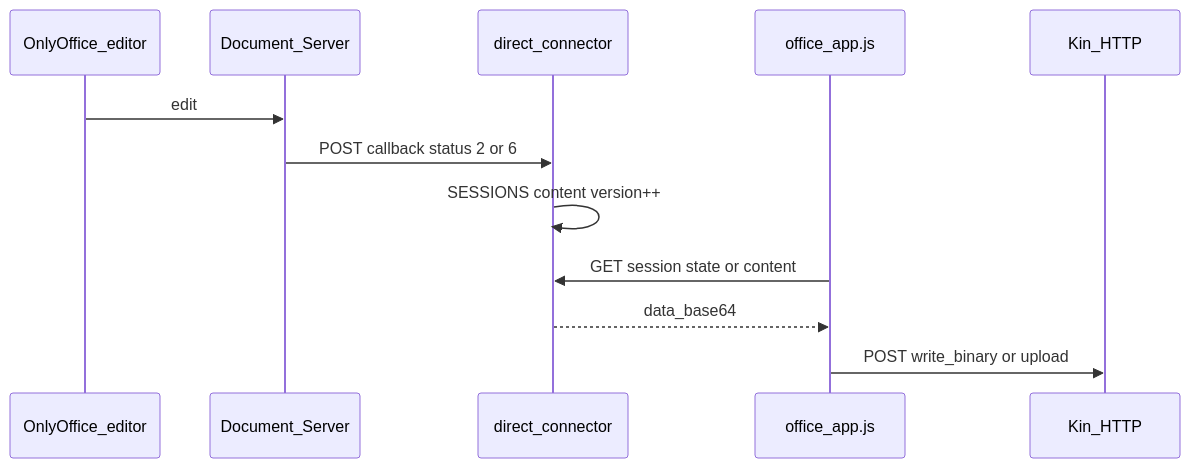
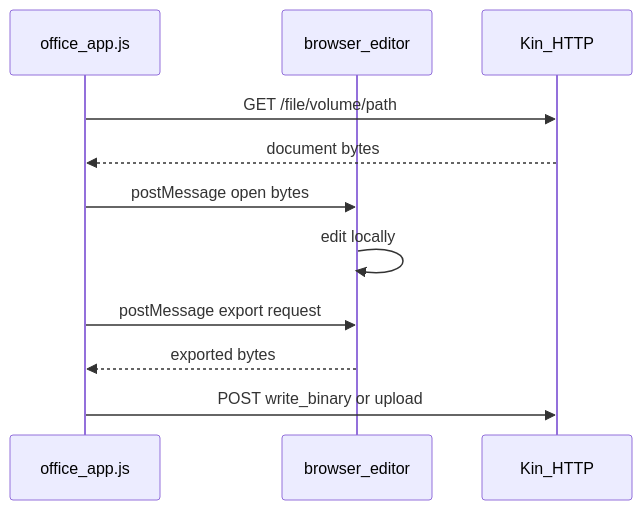
One commit to auraeinteractive/kin-office changed the second of 2 diagrams in specs/architecture.md. Above: the diagram before and after it, drawn with Mermaid. The commit also changed other lines of this file and 1615 other files, not shown here.

First line of the commit message:
Replace Document Server with browser-only Kin Office apps.

````diff
--- a/specs/architecture.md
+++ b/specs/architecture.md
@@ -60,16 +50,14 @@
 ```mermaid
 sequenceDiagram
-  participant Editor as OnlyOffice_editor
-  participant DS as Document_Server
-  participant Conn as direct_connector
   participant App as office_app.js
+  participant Editor as browser_editor
   participant Kin as Kin_HTTP
 
-  Editor->>DS: edit
-  DS->>Conn: POST callback status 2 or 6
-  Conn->>Conn: SESSIONS content version++
-
-  App->>Conn: GET session state or content
-  Conn-->>App: data_base64
+  App->>Kin: GET /file/volume/path
+  Kin-->>App: document bytes
+  App->>Editor: postMessage open bytes
+  Editor->>Editor: edit locally
+  App->>Editor: postMessage export request
+  Editor-->>App: exported bytes
   App->>Kin: POST write_binary or upload
 ```
````
